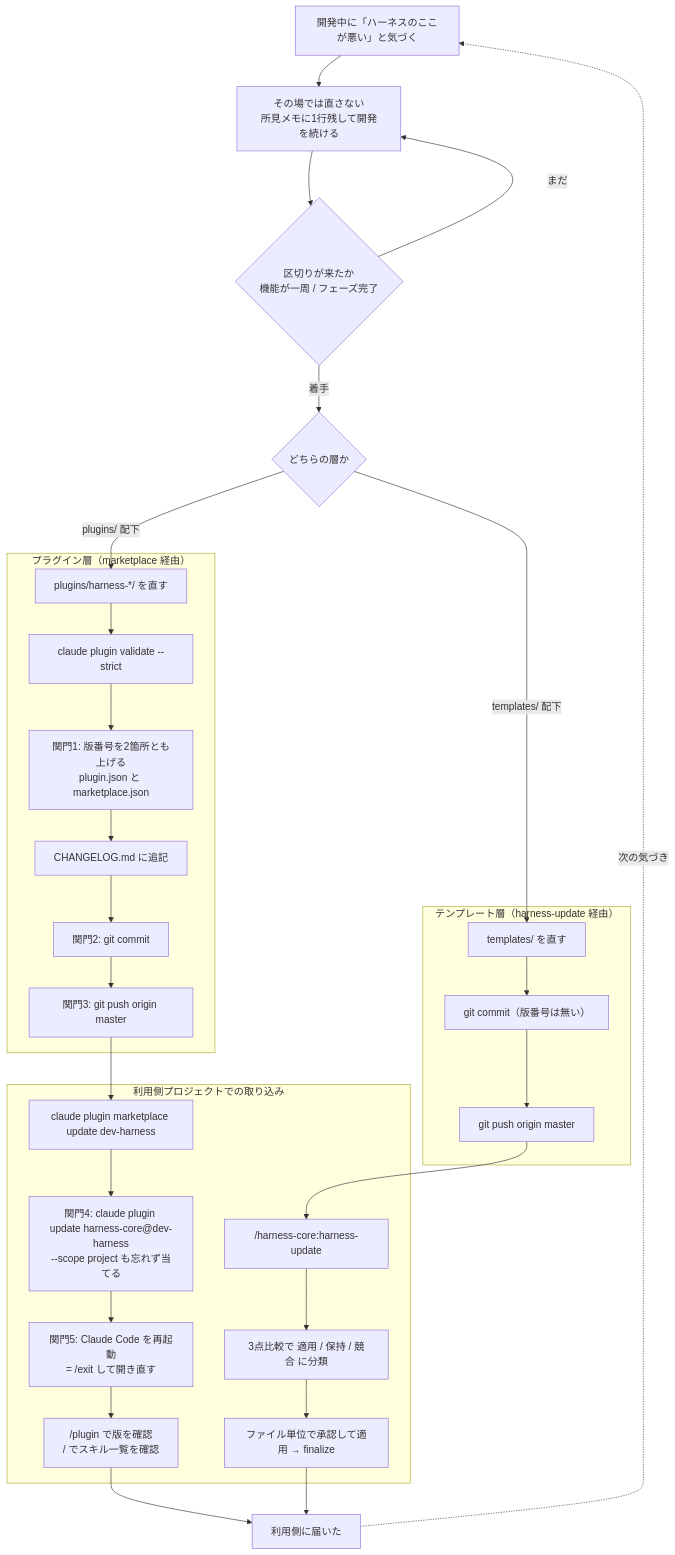
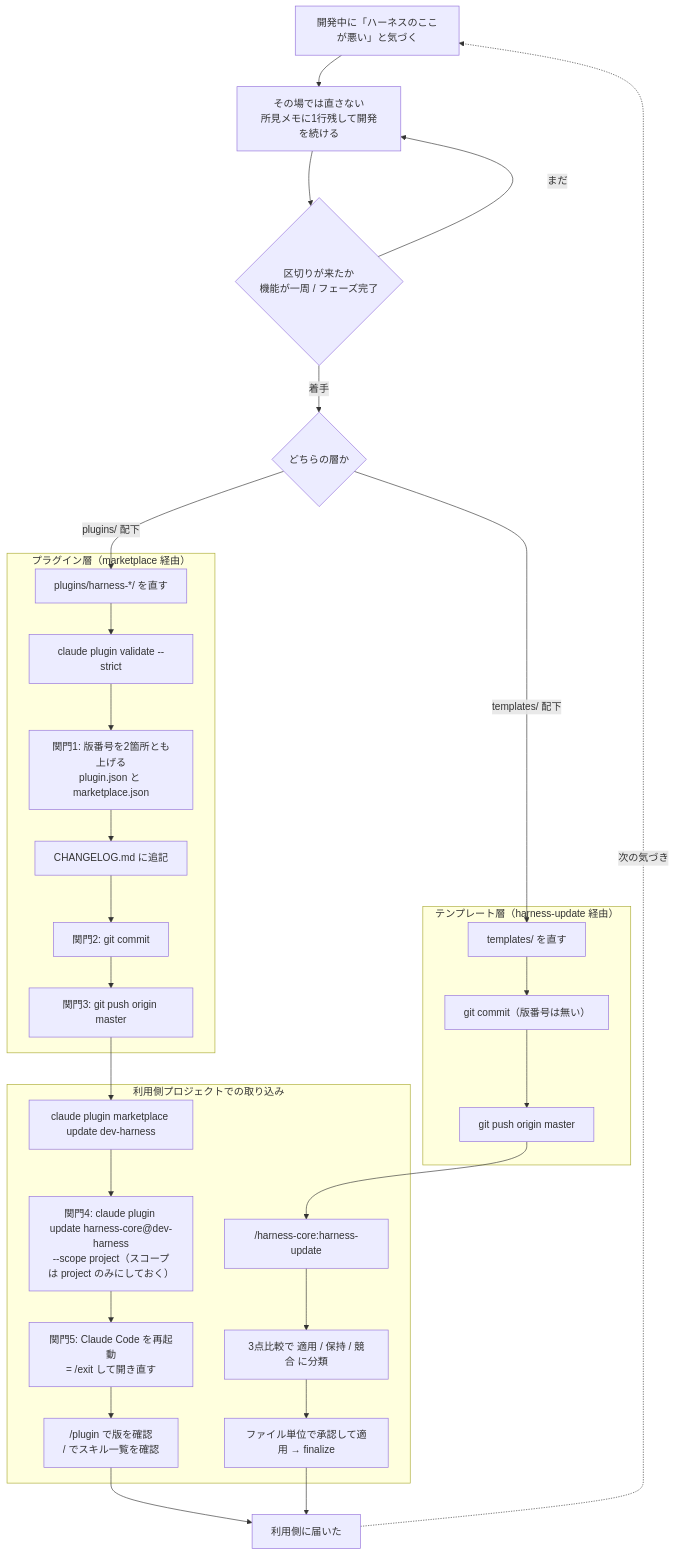
The diagram in docs/diagrams/06_改善還元フロー図.md (mizuta0711/claude-dev-harness), drawn with Mermaid before and after one commit. The commit also changed other lines of this file and 11 other files, not shown here.

````diff
--- a/docs/diagrams/06_改善還元フロー図.md
+++ b/docs/diagrams/06_改善還元フロー図.md
@@ -43,46 +43,46 @@
 ```mermaid
 flowchart TD
     A["開発中に「ハーネスのここが悪い」と気づく"] --> B["その場では直さない<br/>所見メモに1行残して開発を続ける"]
     B --> C{"区切りが来たか<br/>機能が一周 / フェーズ完了"}
     C -->|まだ| B
     C -->|着手| D{"どちらの層か"}
 
     subgraph PL["プラグイン層（marketplace 経由）"]
         P1["plugins/harness-*/ を直す"]
         P2["claude plugin validate --strict"]
         P3["関門1: 版番号を2箇所とも上げる<br/>plugin.json と marketplace.json"]
         P4["CHANGELOG.md に追記"]
         P5["関門2: git commit"]
         P6["関門3: git push origin master"]
         P1 --> P2 --> P3 --> P4 --> P5 --> P6
     end
 
     subgraph TL["テンプレート層（harness-update 経由）"]
         T1["templates/ を直す"]
         T2["git commit（版番号は無い）"]
         T3["git push origin master"]
         T1 --> T2 --> T3
     end
 
     D -->|"plugins/ 配下"| P1
     D -->|"templates/ 配下"| T1
 
     subgraph UP["利用側プロジェクトでの取り込み"]
         U1["claude plugin marketplace update dev-harness"]
-        U2["関門4: claude plugin update harness-core@dev-harness<br/>--scope project も忘れず当てる"]
+        U2["関門4: claude plugin update harness-core@dev-harness<br/>--scope project（スコープは project のみにしておく）"]
         U3["関門5: Claude Code を再起動<br/>= /exit して開き直す"]
         U4["/plugin で版を確認<br/>/ でスキル一覧を確認"]
         U1 --> U2 --> U3 --> U4
         W1["/harness-core:harness-update"]
         W2["3点比較で 適用 / 保持 / 競合 に分類"]
         W3["ファイル単位で承認して適用 → finalize"]
         W1 --> W2 --> W3
     end
 
     P6 --> U1
     T3 --> W1
 
     U4 --> Z["利用側に届いた"]
     W3 --> Z
     Z -.->|次の気づき| A
 ```
````
